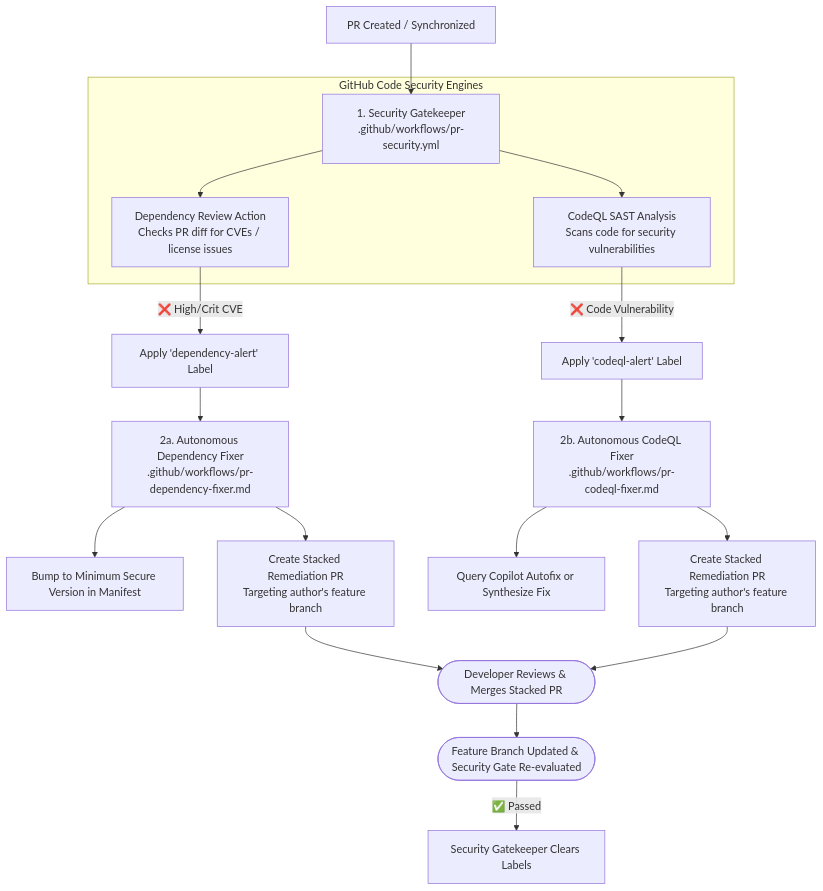
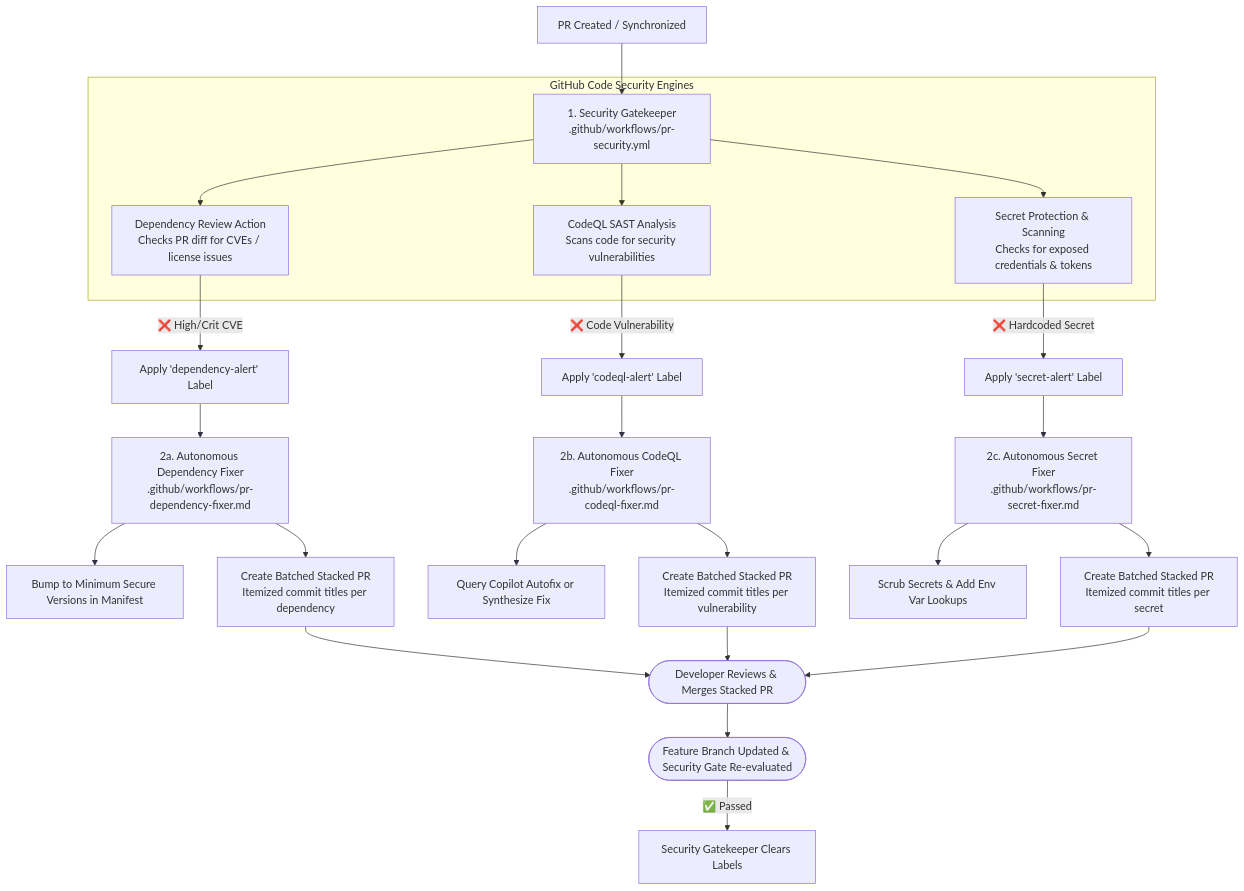
The first of 2 diagrams in docs/pr-security-and-fixer.md (SitoaderOrg/ForgeFlow), drawn with Mermaid before and after one commit. The commit also changed other lines of this file and 7 other files, not shown here.

First line of the commit message:
feat(security): add secret scanning check and itemized stacked PR remediation

````diff
--- a/docs/pr-security-and-fixer.md
+++ b/docs/pr-security-and-fixer.md
@@ -9,26 +9,33 @@
 ```mermaid
 flowchart TD
     PR[PR Created / Synchronized] --> SecGate[1. Security Gatekeeper\n.github/workflows/pr-security.yml]
     
     subgraph GitHub_Code_Security [GitHub Code Security Engines]
         SecGate --> DepReview[Dependency Review Action\nChecks PR diff for CVEs / license issues]
         SecGate --> CodeQL[CodeQL SAST Analysis\nScans code for security vulnerabilities]
+        SecGate --> SecScan[Secret Protection & Scanning\nChecks for exposed credentials & tokens]
     end
 
     DepReview -->|❌ High/Crit CVE| AddDepLabel[Apply 'dependency-alert' Label]
     CodeQL -->|❌ Code Vulnerability| AddCodeqlLabel[Apply 'codeql-alert' Label]
+    SecScan -->|❌ Hardcoded Secret| AddSecretLabel[Apply 'secret-alert' Label]
 
     AddDepLabel --> DepFixer[2a. Autonomous Dependency Fixer\n.github/workflows/pr-dependency-fixer.md]
-    DepFixer --> BumpDep[Bump to Minimum Secure Version in Manifest]
-    DepFixer --> StackedPRDep[Create Stacked Remediation PR\nTargeting author's feature branch]
+    DepFixer --> BumpDep[Bump to Minimum Secure Versions in Manifest]
+    DepFixer --> StackedPRDep[Create Batched Stacked PR\nItemized commit titles per dependency]
 
     AddCodeqlLabel --> CodeqlFixer[2b. Autonomous CodeQL Fixer\n.github/workflows/pr-codeql-fixer.md]
     CodeqlFixer --> AutofixCheck[Query Copilot Autofix or Synthesize Fix]
-    CodeqlFixer --> StackedPRCodeql[Create Stacked Remediation PR\nTargeting author's feature branch]
+    CodeqlFixer --> StackedPRCodeql[Create Batched Stacked PR\nItemized commit titles per vulnerability]
+
+    AddSecretLabel --> SecretFixer[2c. Autonomous Secret Fixer\n.github/workflows/pr-secret-fixer.md]
+    SecretFixer --> ScrubSecret[Scrub Secrets & Add Env Var Lookups]
+    SecretFixer --> StackedPRSecret[Create Batched Stacked PR\nItemized commit titles per secret]
 
     StackedPRDep --> DevReview([Developer Reviews & Merges Stacked PR])
     StackedPRCodeql --> DevReview
+    StackedPRSecret --> DevReview
 
     DevReview --> Recheck([Feature Branch Updated & Security Gate Re-evaluated])
     Recheck -->|✅ Passed| ClearLabels[Security Gatekeeper Clears Labels]
 ```
````
